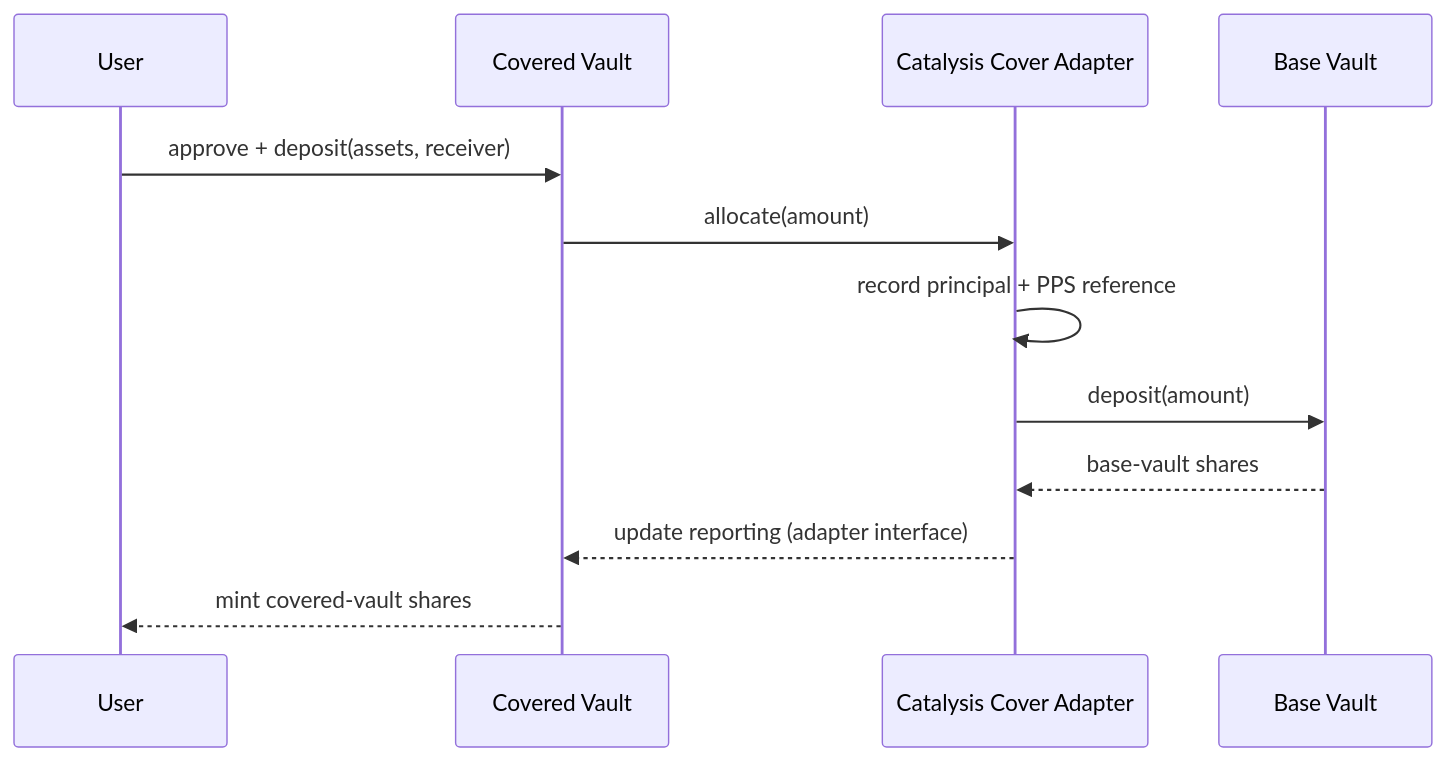
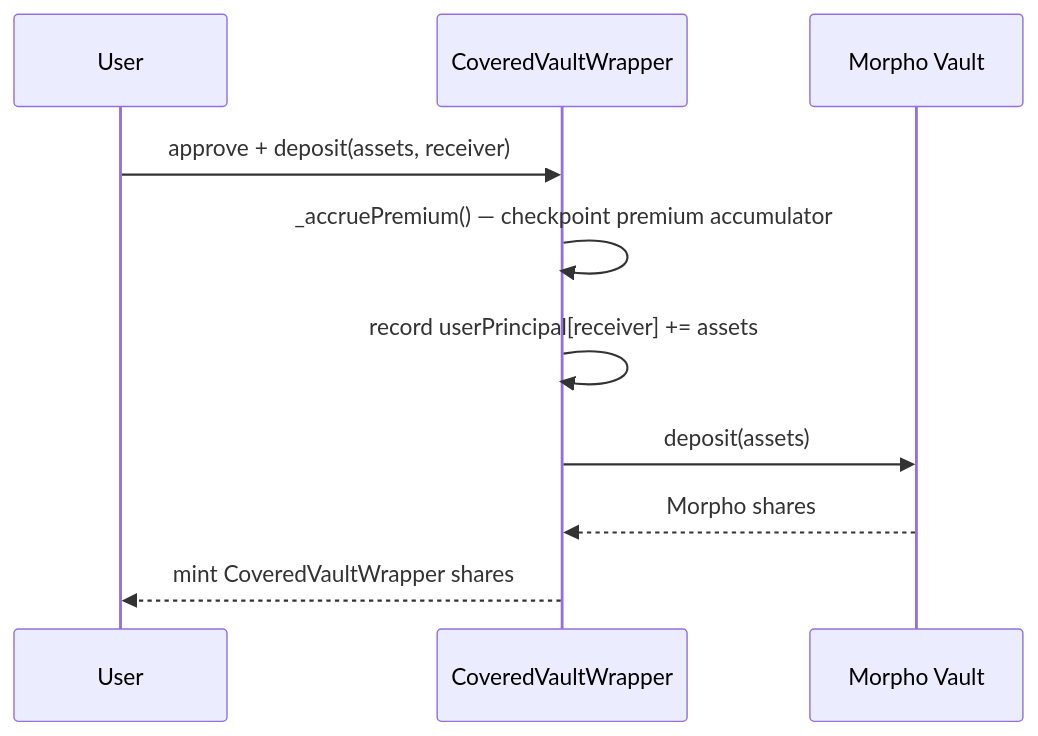
Before and after one commit to 0xcatalysis/coverage: the first of 5 diagrams in docs/architecture/06-premiums-claims.md, drawn with Mermaid. The commit also changed other lines of this file and 22 other files, not shown here.

First line of the commit message:
Align testing flows (#78)

````diff
--- a/docs/architecture/06-premiums-claims.md
+++ b/docs/architecture/06-premiums-claims.md
@@ -28,15 +27,13 @@
 ```mermaid
 sequenceDiagram
     participant User
-    participant CV as Covered Vault
-    participant ADP as Catalysis Cover Adapter
-    participant BV as Base Vault
+    participant CVW as CoveredVaultWrapper
+    participant MV as Morpho Vault
 
-    User->>CV: approve + deposit(assets, receiver)
-    CV->>ADP: allocate(amount)
-    ADP->>ADP: record principal + PPS reference
-    ADP->>BV: deposit(amount)
-    BV-->>ADP: base-vault shares
-    ADP-->>CV: update reporting (adapter interface)
-    CV-->>User: mint covered-vault shares
+    User->>CVW: approve + deposit(assets, receiver)
+    CVW->>CVW: _accruePremium() — checkpoint premium accumulator
+    CVW->>CVW: record userPrincipal[receiver] += assets
+    CVW->>MV: deposit(assets)
+    MV-->>CVW: Morpho shares
+    CVW-->>User: mint CoveredVaultWrapper shares
 ```
````
